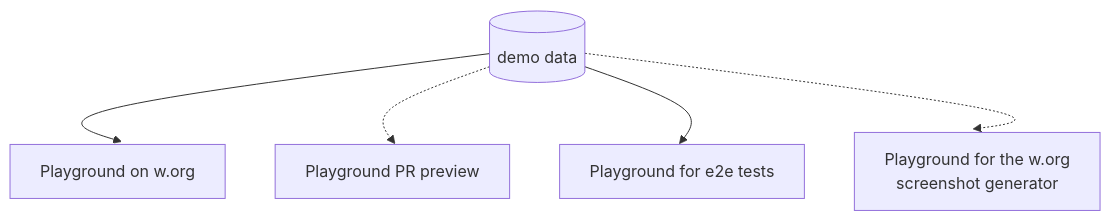
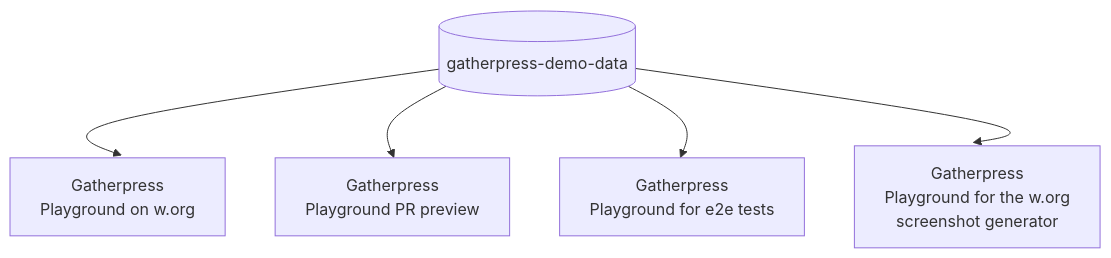
The diagram in README.md (GatherPress/gatherpress-demo-data), drawn with Mermaid before and after one commit. The commit also changed other lines of this file, not shown here.

Commit message:
Update usage diagram

````diff
--- a/README.md
+++ b/README.md
@@ -8,12 +13,12 @@
 ```mermaid
 
 %%{ init: { 'flowchart': { 'curve': 'natural' } } }%%
 flowchart TB
-    C[(demo data)]
-    C -->D[Playground on w.org]
-    C -.->E[Playground PR preview]
-    C -->F[Playground for e2e tests]
-    C -.->G[Playground for the w.org
+    C[(gatherpress-demo-data)]
+    C -->D[Gatherpress<br />Playground on w.org]
+    C -->E[Gatherpress<br />Playground PR preview]
+    C -->F[Gatherpress<br />Playground for e2e tests]
+    C -->G[Gatherpress<br />Playground for the w.org
 screenshot generator]
 
 ```
````
